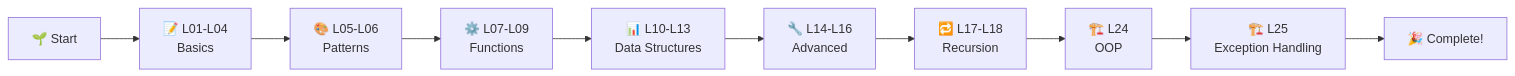
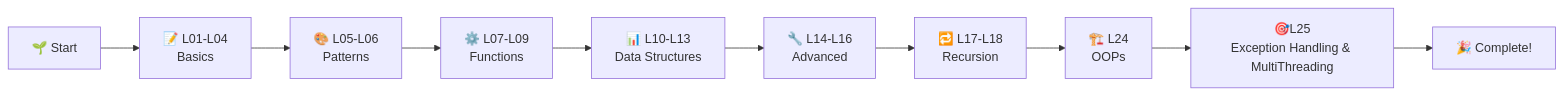
Before and after one commit to ranichandnirani/Complete-Java-step-by-step: the diagram in README.md, drawn with Mermaid. The commit also changed other lines of this file, not shown here.

````diff
--- a/README.md
+++ b/README.md
@@ -210,12 +207,12 @@
 ```mermaid
 graph LR
     A[🌱 Start] --> B[📝 L01-L04<br/>Basics]
     B --> C[🎨 L05-L06<br/>Patterns]
     C --> D[⚙️ L07-L09<br/>Functions]
     D --> E[📊 L10-L13<br/>Data Structures]
     E --> F[🔧 L14-L16<br/>Advanced]
     F --> G[🔁 L17-L18<br/>Recursion]
-    G --> H[🏗️ L24<br/>OOP]
-    H --> I[🏗️ L25<br/>Exception Handling]
+    G --> H[🏗️ L24<br/>OOPs]
+    H --> I[🎯L25<br/>Exception Handling & MultiThreading]
     I --> J[🎉 Complete!]
 ```
````
